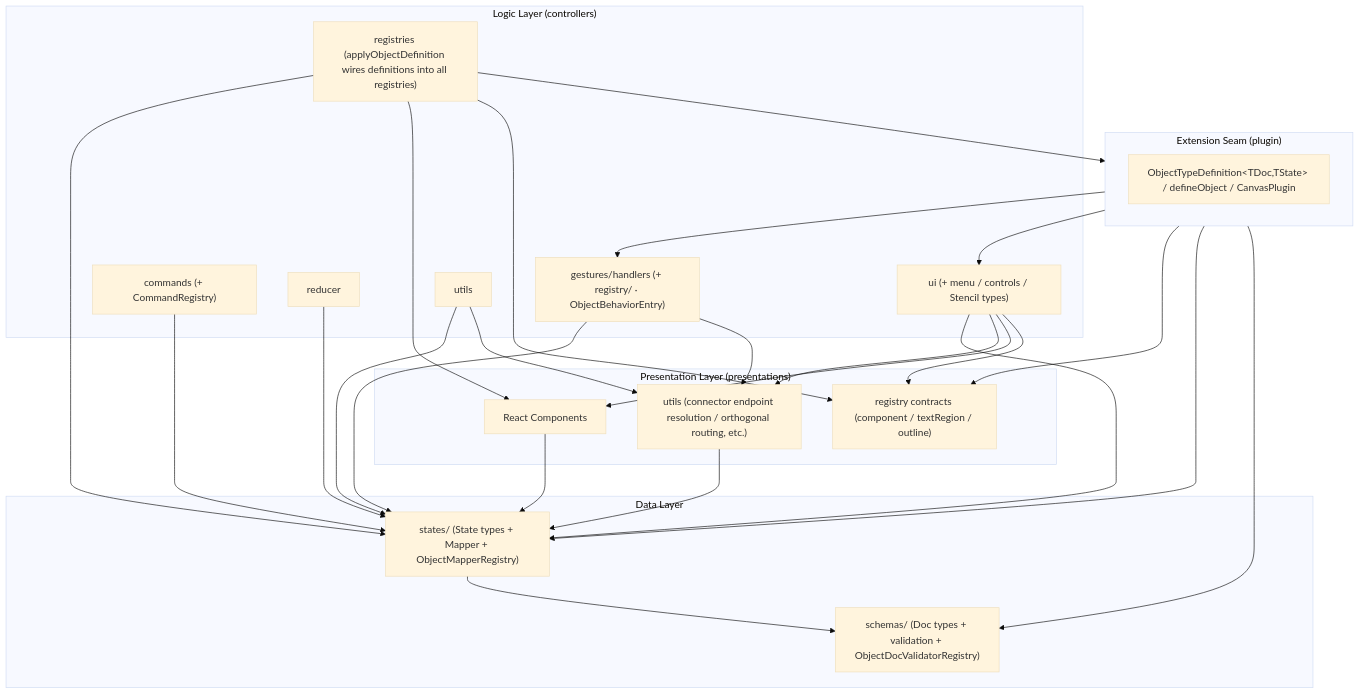
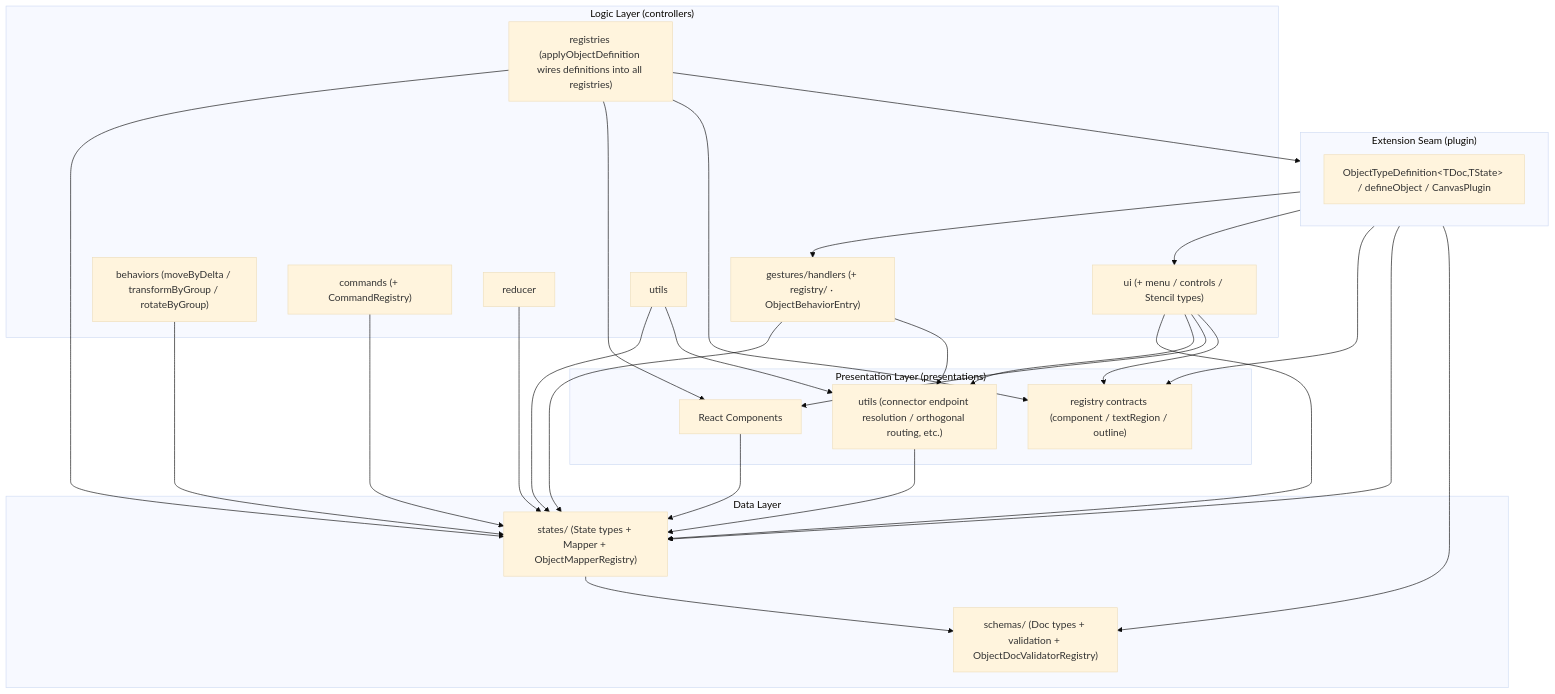
The diagram in packages/canvas/docs/02-architecture.md (gznnk/jiscribe), drawn with Mermaid (base theme) before and after one commit. The commit also changed other lines of this file and 26 other files, not shown here.

````diff
--- a/packages/canvas/docs/02-architecture.md
+++ b/packages/canvas/docs/02-architecture.md
@@ -115,49 +117,51 @@
 ```mermaid
 graph TD
     subgraph Plugin["Extension Seam (plugin)"]
         PluginVocab["ObjectTypeDefinition&lt;TDoc,TState&gt; / defineObject / CanvasPlugin"]
     end
     subgraph Presentations["Presentation Layer (presentations)"]
         PresentationComponents["React Components"]
         PresentationUtils["utils (connector endpoint resolution / orthogonal routing, etc.)"]
         PresentationRegistryTypes["registry contracts (component / textRegion / outline)"]
     end
     subgraph Controllers["Logic Layer (controllers)"]
         Gestures["gestures/handlers (+ registry/ · ObjectBehaviorEntry)"]
+        Behaviors["behaviors (moveByDelta / transformByGroup / rotateByGroup)"]
         Commands["commands (+ CommandRegistry)"]
         Reducer["reducer"]
         UI["ui (+ menu / controls / Stencil types)"]
         CtrlUtils["utils"]
         Registries["registries (applyObjectDefinition wires definitions into all registries)"]
     end
     subgraph States["Data Layer"]
         StatesTypes["states/ (State types + Mapper + ObjectMapperRegistry)"]
         SchemasTypes["schemas/ (Doc types + validation + ObjectDocValidatorRegistry)"]
     end
 
     PresentationComponents --> StatesTypes
     PresentationUtils --> StatesTypes
     Gestures --> StatesTypes
+    Behaviors --> StatesTypes
     Commands --> StatesTypes
     Reducer --> StatesTypes
     UI --> StatesTypes
     CtrlUtils --> StatesTypes
     Registries --> StatesTypes
     Gestures --> PresentationUtils
     CtrlUtils --> PresentationUtils
     UI --> PresentationUtils
     UI --> PresentationComponents
     UI --> PresentationRegistryTypes
     Registries --> PresentationComponents
     Registries --> PresentationRegistryTypes
     StatesTypes --> SchemasTypes
 
     %% plugin aggregates the type contract of every layer; registries consumes it.
     %% Registries -> Plugin plus Plugin -> Gestures/UI = controllers <-> plugin.
     Registries --> Plugin
     Plugin --> Gestures
     Plugin --> UI
     Plugin --> PresentationRegistryTypes
     Plugin --> StatesTypes
     Plugin --> SchemasTypes
 ```
````
